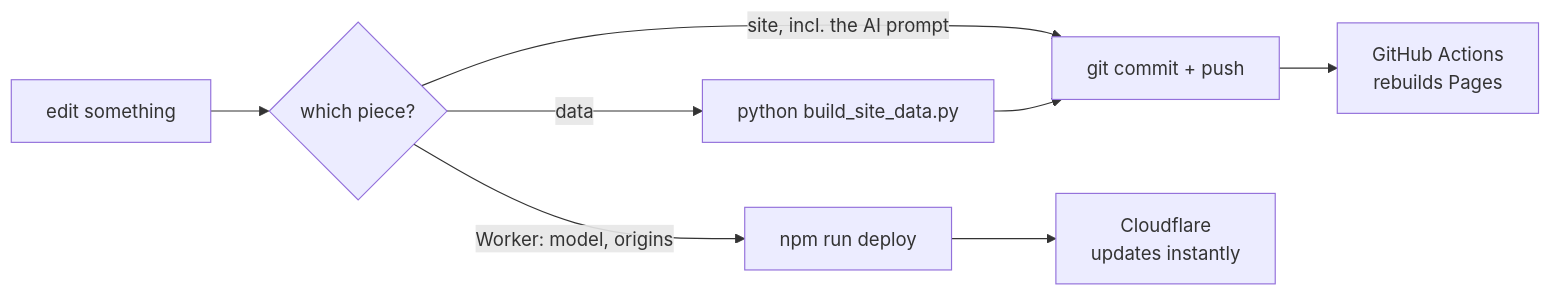
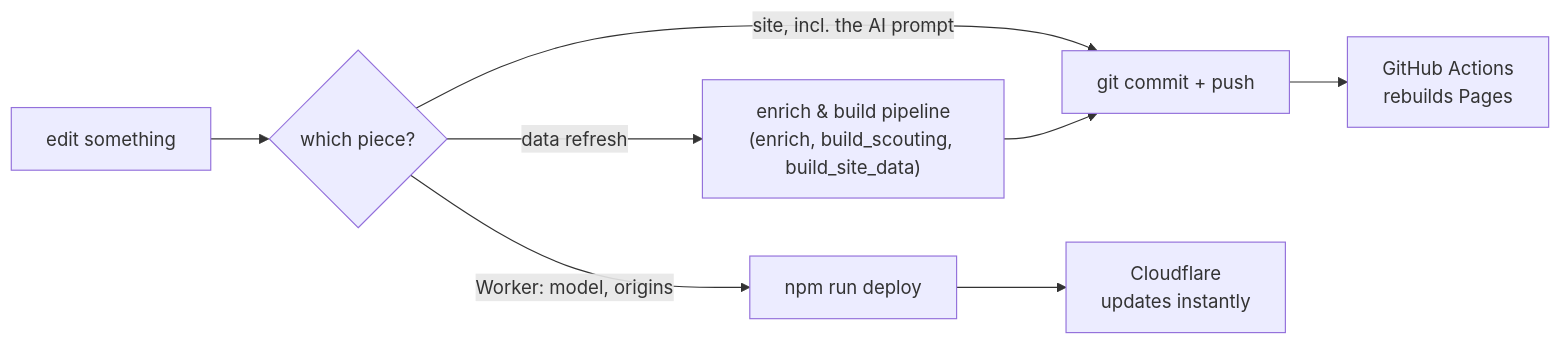
The second of 2 diagrams in ARCHITECTURE.md (Satpat/football-scouting), drawn with Mermaid before and after one commit. The commit also changed other lines of this file, not shown here.

Commit message:
docs: update ARCHITECTURE.md with Sofascore deep links, market values, and archetypes

````diff
--- a/ARCHITECTURE.md
+++ b/ARCHITECTURE.md
@@ -345,10 +355,10 @@
 ```mermaid
 flowchart LR
     edit["edit something"] --> which{which piece?}
     which -->|"site, incl. the AI prompt"| push["git commit + push"]
     push --> gha["GitHub Actions<br/>rebuilds Pages"]
     which -->|"Worker: model, origins"| deploy["npm run deploy"]
     deploy --> cf["Cloudflare<br/>updates instantly"]
-    which -->|"data"| py["python build_site_data.py"]
+    which -->|"data refresh"| py["enrich & build pipeline<br/>(enrich, build_scouting, build_site_data)"]
     py --> push
 ```
````
